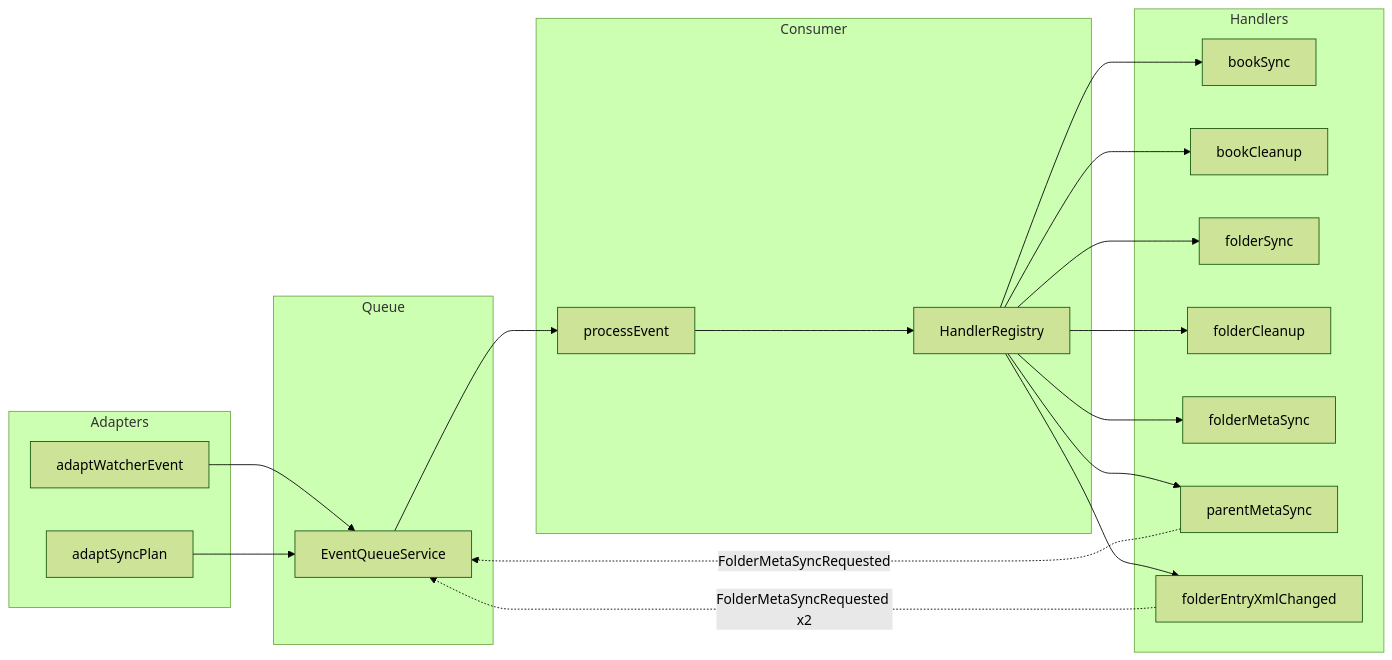
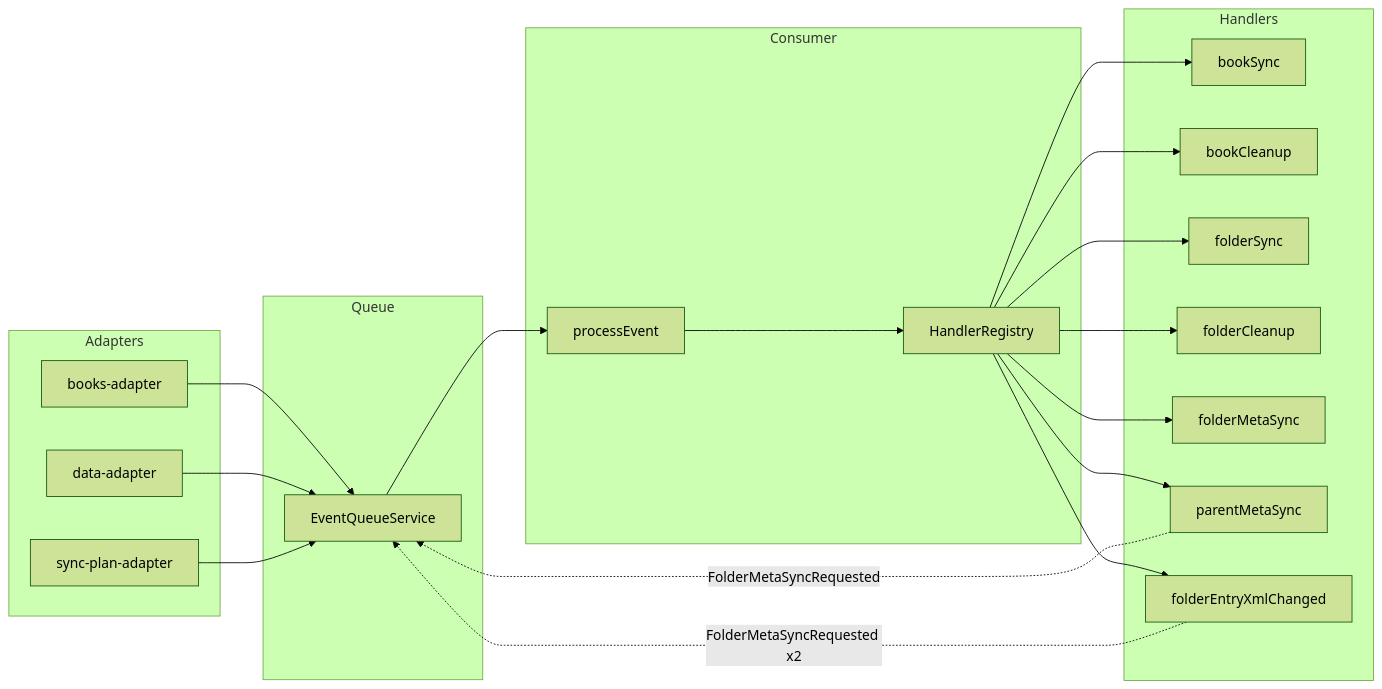
The first of 2 diagrams in ARCHITECTURE.md (Seigiard/opds-generator), drawn with Mermaid (forest theme) before and after one commit. The commit also changed other lines of this file and 1 other file, not shown here.

First line of the commit message:
Update architecture documentation with dual watcher system

````diff
--- a/ARCHITECTURE.md
+++ b/ARCHITECTURE.md
@@ -107,34 +222,36 @@
 ```mermaid
 flowchart LR
     subgraph Adapters
-        WA[adaptWatcherEvent]
-        SA[adaptSyncPlan]
+        BA[books-adapter]
+        DA[data-adapter]
+        SA[sync-plan-adapter]
     end
 
     subgraph Queue
         Q[EventQueueService]
     end
 
     subgraph Consumer
         C[processEvent]
         HR[HandlerRegistry]
     end
 
     subgraph Handlers
         BS[bookSync]
         BC[bookCleanup]
         FS[folderSync]
         FC[folderCleanup]
         FMS[folderMetaSync]
         PMS[parentMetaSync]
         FEXC[folderEntryXmlChanged]
     end
 
-    WA --> Q
+    BA --> Q
+    DA --> Q
     SA --> Q
     Q --> C
     C --> HR
     HR --> BS & BC & FS & FC & FMS & PMS & FEXC
     PMS -.->|FolderMetaSyncRequested| Q
     FEXC -.->|FolderMetaSyncRequested x2| Q
 ```
````
